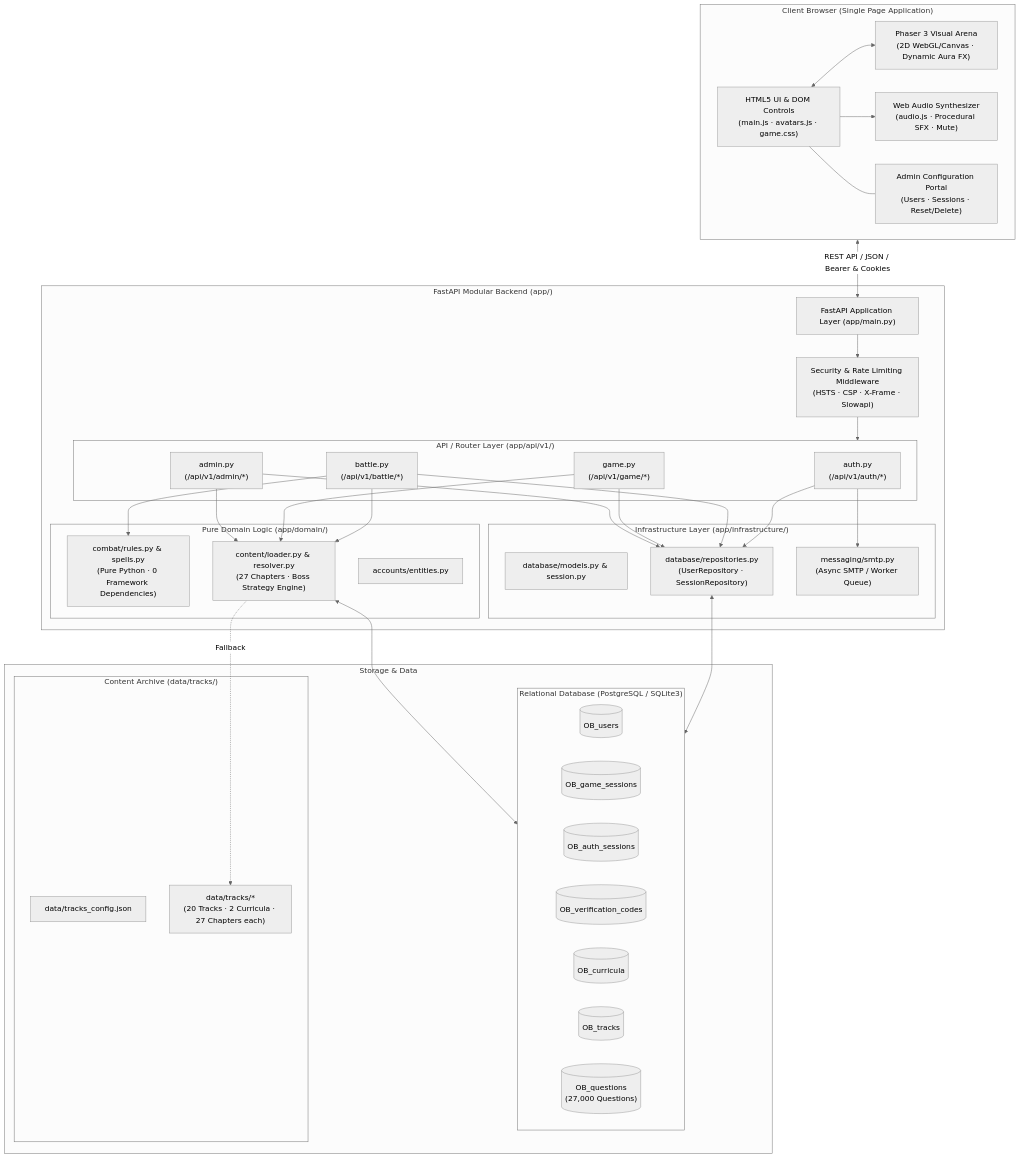
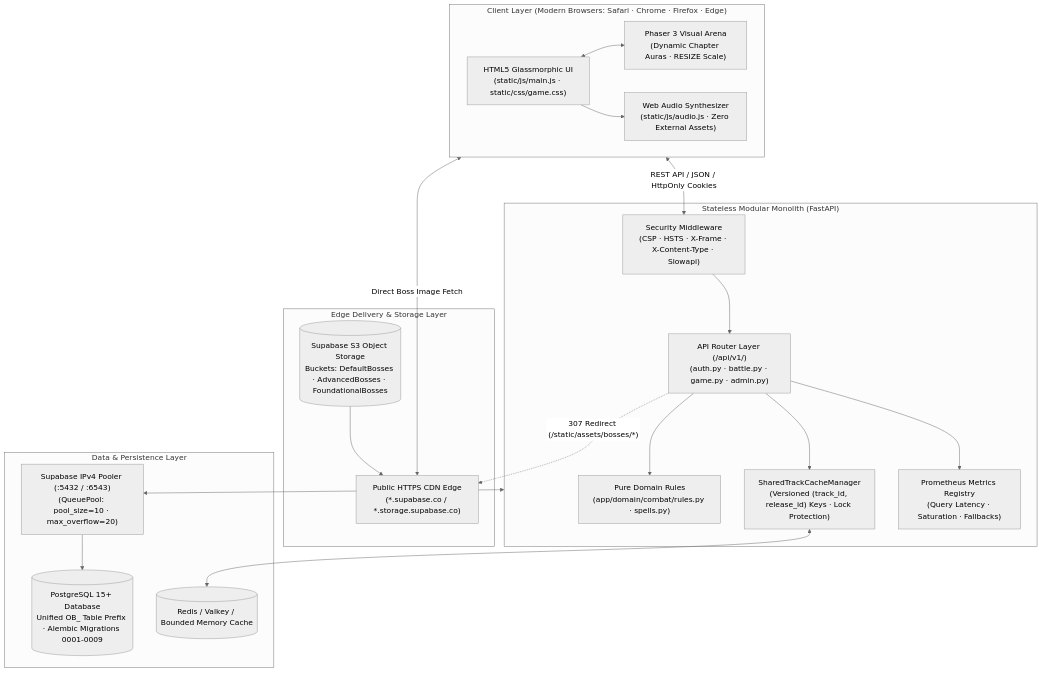
One commit to DKxi/OrganicBattlesProductionUpgrade changed the first of 6 diagrams in README.md. Above: the diagram before and after it, drawn with Mermaid (neutral theme). The commit also changed other lines of this file, not shown here.

Commit message:
docs: expand README.md with comprehensive flow diagrams, design pros/cons, and operational guidelines

````diff
--- a/README.md
+++ b/README.md
@@ -9,64 +32,43 @@
 ```mermaid
 flowchart TB
-    subgraph Client["Client Browser (Single Page Application)"]
-        UI["HTML5 UI & DOM Controls<br/>(main.js · avatars.js · game.css)"]
-        Phaser["Phaser 3 Visual Arena<br/>(2D WebGL/Canvas · Dynamic Aura FX)"]
-        AudioEngine["Web Audio Synthesizer<br/>(audio.js · Procedural SFX · Mute)"]
-        AdminUI["Admin Configuration Portal<br/>(Users · Sessions · Reset/Delete)"]
+    subgraph ClientLayer["Client Layer (Modern Browsers: Safari · Chrome · Firefox · Edge)"]
+        UI["HTML5 Glassmorphic UI<br/>(static/js/main.js · static/css/game.css)"]
+        Phaser["Phaser 3 Visual Arena<br/>(Dynamic Chapter Auras · RESIZE Scale)"]
+        Audio["Web Audio Synthesizer<br/>(static/js/audio.js · Zero External Assets)"]
         UI <--> Phaser
-        UI --> AudioEngine
-        UI --- AdminUI
+        UI --> Audio
     end
 
-    subgraph Server["FastAPI Modular Backend (app/)"]
-        Router["FastAPI Application Layer (app/main.py)"]
-        SecurityMW["Security & Rate Limiting Middleware<br/>(HSTS · CSP · X-Frame · Slowapi)"]
-        
-        subgraph APILayer["API / Router Layer (app/api/v1/)"]
-            AuthRouter["auth.py<br/>(/api/v1/auth/*)"]
-            BattleRouter["battle.py<br/>(/api/v1/battle/*)"]
-            GameRouter["game.py<br/>(/api/v1/game/*)"]
-            AdminRouter["admin.py<br/>(/api/v1/admin/*)"]
-        end
-
-        subgraph DomainLayer["Pure Domain Logic (app/domain/)"]
-            CombatRules["combat/rules.py & spells.py<br/>(Pure Python · 0 Framework Dependencies)"]
-            ContentEngine["content/loader.py & resolver.py<br/>(27 Chapters · Boss Strategy Engine)"]
-            AccountRules["accounts/entities.py"]
-        end
-
-        subgraph InfraLayer["Infrastructure Layer (app/infrastructure/)"]
-            DBModels["database/models.py & session.py"]
-            Repositories["database/repositories.py<br/>(UserRepository · SessionRepository)"]
-            EmailService["messaging/smtp.py<br/>(Async SMTP / Worker Queue)"]
-        end
-
-        Router --> SecurityMW --> APILayer
-        AuthRouter --> Repositories & EmailService
-        BattleRouter --> CombatRules & Repositories & ContentEngine
-        GameRouter --> ContentEngine & Repositories
-        AdminRouter --> Repositories & ContentEngine
+    subgraph EdgeLayer["Edge Delivery & Storage Layer"]
+        SupabaseS3[("Supabase S3 Object Storage<br/>Buckets: DefaultBosses · AdvancedBosses · FoundationalBosses")]
+        CloudCDN["Public HTTPS CDN Edge<br/>(*.supabase.co / *.storage.supabase.co)"]
+        SupabaseS3 --> CloudCDN
     end
 
-    subgraph Persistence["Storage & Data"]
-        subgraph DB["Relational Database (PostgreSQL / SQLite3)"]
-            UsersTable[("OB_users")]
-            SessionsTable[("OB_game_sessions")]
-            AuthTable[("OB_auth_sessions")]
-            OTPTable[("OB_verification_codes")]
-            CurriculaTable[("OB_curricula")]
-            TracksTable[("OB_tracks")]
-            QuestionsTable[("OB_questions<br/>(27,000 Questions)")]
-        end
-
-        subgraph ContentFiles["Content Archive (data/tracks/)"]
-            ConfigJSON["data/tracks_config.json"]
-            TrackDirs["data/tracks/*<br/>(20 Tracks · 2 Curricula · 27 Chapters each)"]
-        end
+    subgraph WebCompute["Stateless Modular Monolith (FastAPI)"]
+        SecurityMW["Security Middleware<br/>(CSP · HSTS · X-Frame · X-Content-Type · Slowapi)"]
+        RouterLayer["API Router Layer (/api/v1/)<br/>(auth.py · battle.py · game.py · admin.py)"]
+        DomainLayer["Pure Domain Rules<br/>(app/domain/combat/rules.py · spells.py)"]
+        SharedCache["SharedTrackCacheManager<br/>(Versioned (track_id, release_id) Keys · Lock Protection)"]
+        Metrics["Prometheus Metrics Registry<br/>(Query Latency · Saturation · Fallbacks)"]
+        
+        SecurityMW --> RouterLayer
+        RouterLayer --> DomainLayer
+        RouterLayer --> SharedCache
+        RouterLayer --> Metrics
     end
 
-    Client <-->|"REST API / JSON / Bearer & Cookies"| Router
-    Repositories <--> DB
-    ContentEngine <--> DB
-    ContentEngine -.->|"Fallback"| TrackDirs
+    subgraph DataPlane["Data & Persistence Layer"]
+        Pooler["Supabase IPv4 Pooler (:5432 / :6543)<br/>(QueuePool: pool_size=10 · max_overflow=20)"]
+        PostgreSQL[("PostgreSQL 15+ Database<br/>Unified OB_ Table Prefix · Alembic Migrations 0001-0009")]
+        LocalCache[("Redis / Valkey / Bounded Memory Cache")]
+        
+        Pooler --> PostgreSQL
+    end
+
+    ClientLayer <-->|"REST API / JSON / HttpOnly Cookies"| SecurityMW
+    ClientLayer <-->|"Direct Boss Image Fetch"| CloudCDN
+    WebCompute <--> Pooler
+    SharedCache <--> LocalCache
+    RouterLayer -.->|"307 Redirect (/static/assets/bosses/*)"| CloudCDN
 ```
````
